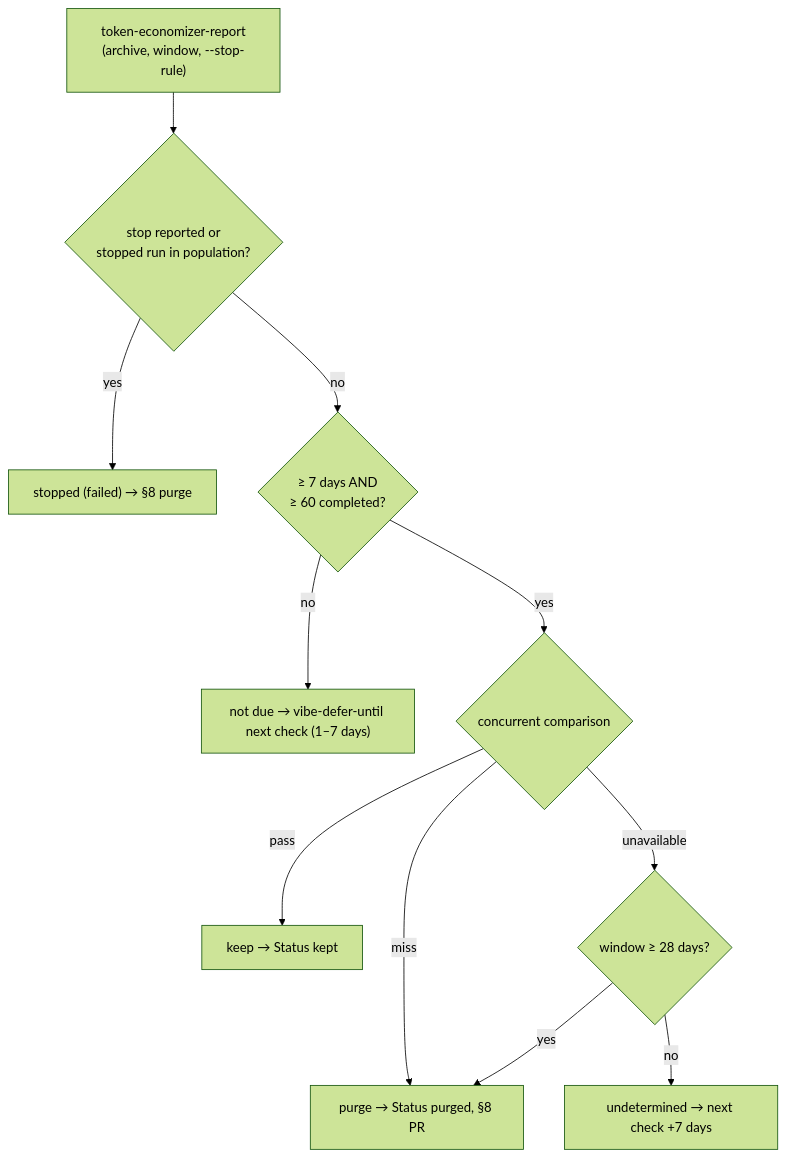
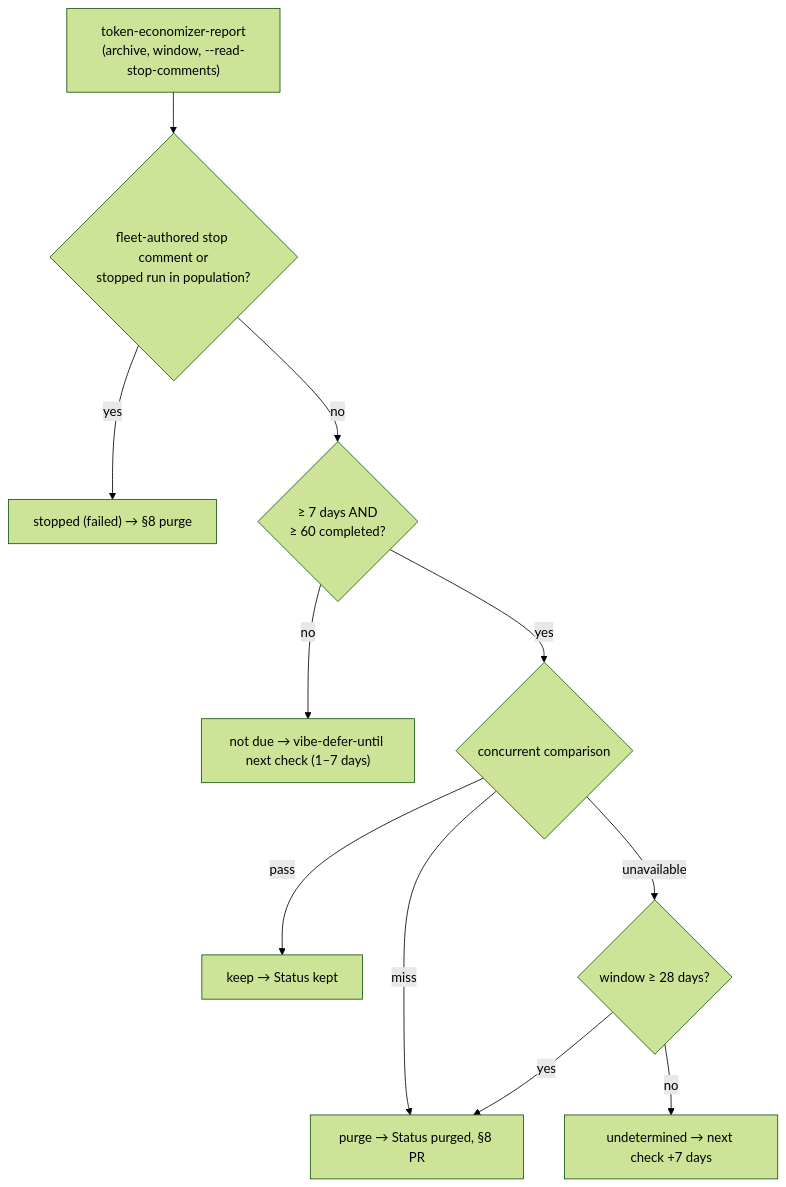
One commit to stSoftwareAU/VibeCoder changed the diagram in docs/archive/pr-summaries/pr-summary-4959.md. Above: the diagram before and after it, drawn with Mermaid (forest theme). The commit also changed other lines of this file and 5 other files, not shown here.

First line of the commit message:
fix(token-economizer): author-check the #4959 stop comment and pin the concurrent population (#4959)

````diff
--- a/docs/archive/pr-summaries/pr-summary-4959.md
+++ b/docs/archive/pr-summaries/pr-summary-4959.md
@@ -69,13 +80,13 @@
 ```mermaid
 flowchart TD
-    R["token-economizer-report<br/>(archive, window, --stop-rule)"] --> S{"stop reported or<br/>stopped run in population?"}
+    R["token-economizer-report<br/>(archive, window, --read-stop-comments)"] --> S{"fleet-authored stop comment or<br/>stopped run in population?"}
     S -- yes --> F["stopped (failed) → §8 purge"]
     S -- no --> D{"≥ 7 days AND<br/>≥ 60 completed?"}
     D -- no --> N["not due → vibe-defer-until next check (1–7 days)"]
     D -- yes --> C{"concurrent comparison"}
     C -- pass --> K["keep → Status kept"]
     C -- miss --> P["purge → Status purged, §8 PR"]
     C -- unavailable --> U{"window ≥ 28 days?"}
     U -- no --> UD["undetermined → next check +7 days"]
     U -- yes --> P
 ```
````
